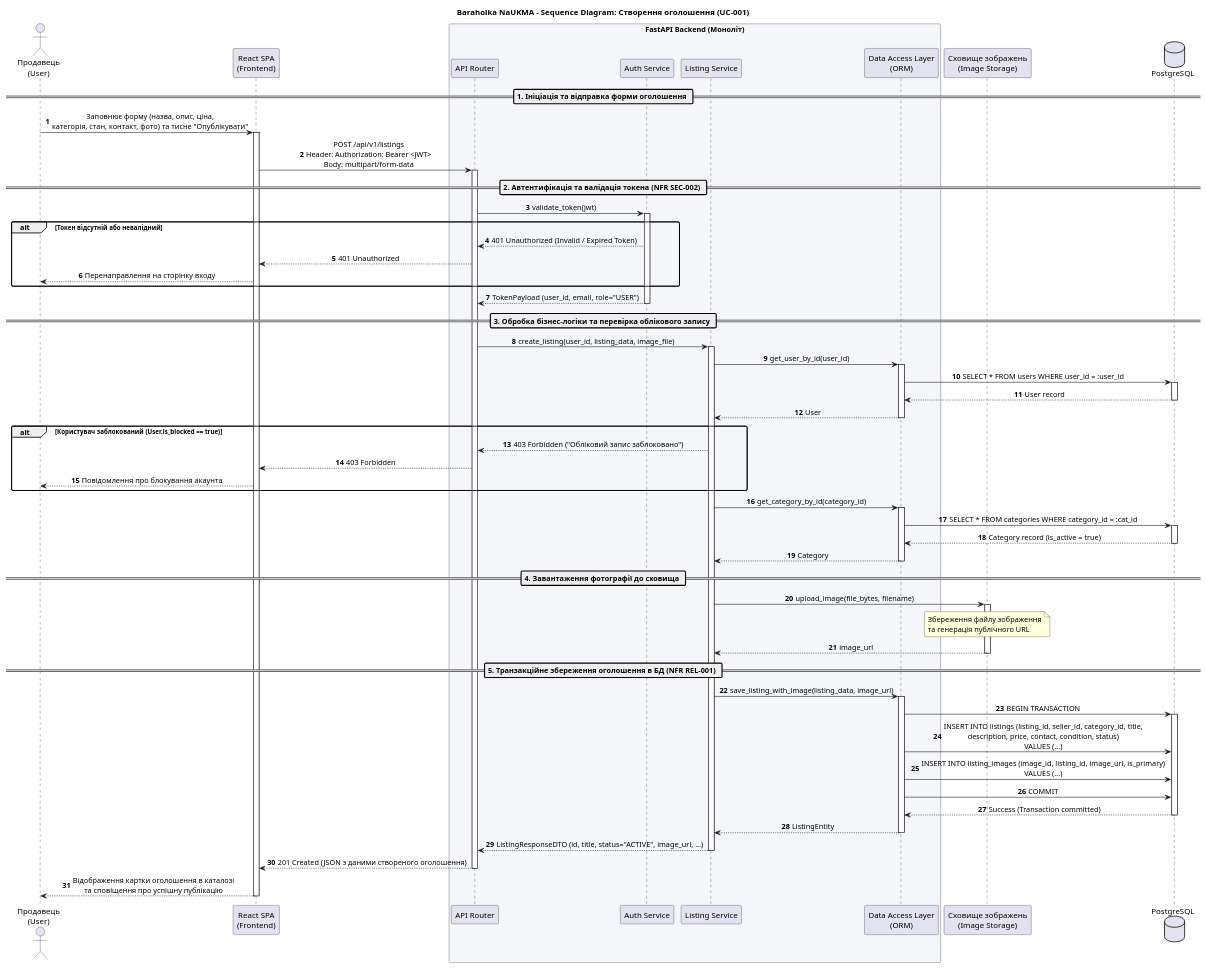
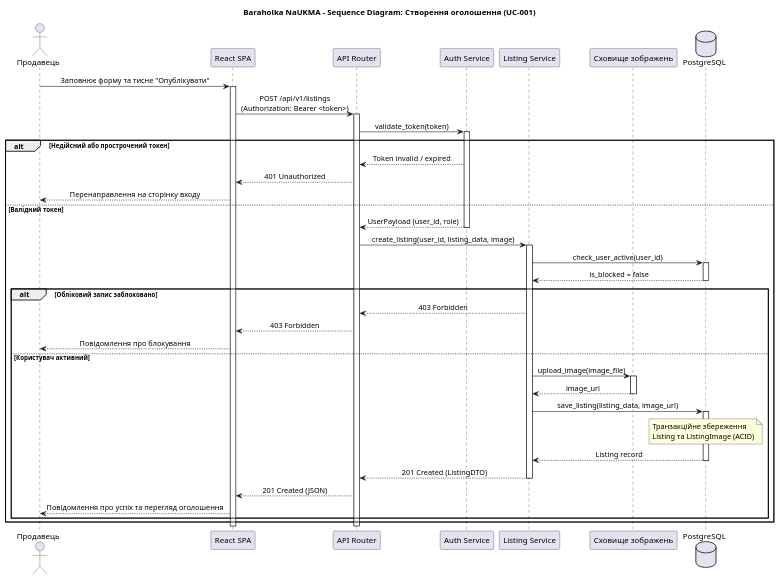
One commit to ukma-fin-ssdm-2026/Next-Gen changed the diagram in docs/architecture/uml/sequence-create-listing.puml. Above: the diagram before and after it, drawn with PlantUML.

Commit message:
docs: оновлено UML діаграму послідовності для створення оголошення, спростивши структуру та уточнивши повідомлення

```diff
--- a/docs/architecture/uml/sequence-create-listing.puml
+++ b/docs/architecture/uml/sequence-create-listing.puml
@@ -1,102 +1,68 @@
 @startuml
 title Baraholka NaUKMA - Sequence Diagram: Створення оголошення (UC-001)
 
-autonumber
 skinparam shadowing false
 skinparam sequenceMessageAlign center
-skinparam roundcorner 5
+skinparam responseMessageBelowArrow true
 
-actor "Продавець\n(User)" as User
-participant "React SPA\n(Frontend)" as SPA
-
-box "FastAPI Backend (Моноліт)" #F4F6F9
-    participant "API Router" as Router
-    participant "Auth Service" as Auth
-    participant "Listing Service" as Service
-    participant "Data Access Layer\n(ORM)" as DAL
-end box
-
-participant "Сховище зображень\n(Image Storage)" as Storage
+actor "Продавець" as User
+participant "React SPA" as SPA
+participant "API Router" as Router
+participant "Auth Service" as Auth
+participant "Listing Service" as Listing
+participant "Сховище зображень" as Storage
 database "PostgreSQL" as DB
 
-== 1. Ініціація та відправка форми оголошення ==
-User -> SPA: Заповнює форму (назва, опис, ціна,\nкатегорія, стан, контакт, фото) та тисне "Опублікувати"
+User -> SPA: Заповнює форму та тисне "Опублікувати"
 activate SPA
 
-SPA -> Router: POST /api/v1/listings\nHeader: Authorization: Bearer <JWT>\nBody: multipart/form-data
+SPA -> Router: POST /api/v1/listings\n(Authorization: Bearer <token>)
 activate Router
 
-== 2. Автентифікація та валідація токена (NFR SEC-002) ==
-Router -> Auth: validate_token(jwt)
+Router -> Auth: validate_token(token)
 activate Auth
 
-alt Токен відсутній або невалідний
-    Auth --> Router: 401 Unauthorized (Invalid / Expired Token)
+alt Недійсний або прострочений токен
+    Auth --> Router: Token invalid / expired
     Router --> SPA: 401 Unauthorized
     SPA --> User: Перенаправлення на сторінку входу
+else Валідний токен
+    Auth --> Router: UserPayload (user_id, role)
+    deactivate Auth
+
+    Router -> Listing: create_listing(user_id, listing_data, image)
+    activate Listing
+
+    Listing -> DB: check_user_active(user_id)
+    activate DB
+    DB --> Listing: is_blocked = false
+    deactivate DB
+
+    alt Обліковий запис заблоковано
+        Listing --> Router: 403 Forbidden
+        Router --> SPA: 403 Forbidden
+        SPA --> User: Повідомлення про блокування
+    else Користувач активний
+        Listing -> Storage: upload_image(image_file)
+        activate Storage
+        Storage --> Listing: image_url
+        deactivate Storage
+
+        Listing -> DB: save_listing(listing_data, image_url)
+        activate DB
+        note over DB: Транзакційне збереження\nListing та ListingImage (ACID)
+        DB --> Listing: Listing record
+        deactivate DB
+
+        Listing --> Router: 201 Created (ListingDTO)
+        deactivate Listing
+
+        Router --> SPA: 201 Created (JSON)
+        SPA --> User: Повідомлення про успіх та перегляд оголошення
+    end
 end
 
-Auth --> Router: TokenPayload (user_id, email, role="USER")
-deactivate Auth
-
-== 3. Обробка бізнес-логіки та перевірка облікового запису ==
-Router -> Service: create_listing(user_id, listing_data, image_file)
-activate Service
-
-Service -> DAL: get_user_by_id(user_id)
-activate DAL
-DAL -> DB: SELECT * FROM users WHERE user_id = :user_id
-activate DB
-DB --> DAL: User record
-deactivate DB
-DAL --> Service: User
-deactivate DAL
-
-alt Користувач заблокований (User.is_blocked == true)
-    Service --> Router: 403 Forbidden ("Обліковий запис заблоковано")
-    Router --> SPA: 403 Forbidden
-    SPA --> User: Повідомлення про блокування акаунта
-end
-
-Service -> DAL: get_category_by_id(category_id)
-activate DAL
-DAL -> DB: SELECT * FROM categories WHERE category_id = :cat_id
-activate DB
-DB --> DAL: Category record (is_active = true)
-deactivate DB
-DAL --> Service: Category
-deactivate DAL
-
-== 4. Завантаження фотографії до сховища ==
-Service -> Storage: upload_image(file_bytes, filename)
-activate Storage
-note over Storage
-  Збереження файлу зображення
-  та генерація публічного URL
-end note
-Storage --> Service: image_url
-deactivate Storage
-
-== 5. Транзакційне збереження оголошення в БД (NFR REL-001) ==
-Service -> DAL: save_listing_with_image(listing_data, image_url)
-activate DAL
-DAL -> DB: BEGIN TRANSACTION
-activate DB
-DAL -> DB: INSERT INTO listings (listing_id, seller_id, category_id, title,\ndescription, price, contact, condition, status)\nVALUES (...)
-DAL -> DB: INSERT INTO listing_images (image_id, listing_id, image_url, is_primary)\nVALUES (...)
-DAL -> DB: COMMIT
-DB --> DAL: Success (Transaction committed)
-deactivate DB
-DAL --> Service: ListingEntity
-deactivate DAL
-
-Service --> Router: ListingResponseDTO (id, title, status="ACTIVE", image_url, ...)
-deactivate Service
-
-Router --> SPA: 201 Created (JSON з даними створеного оголошення)
 deactivate Router
-
-SPA --> User: Відображення картки оголошення в каталозі\nта сповіщення про успішну публікацію
 deactivate SPA
 
 @enduml
```
